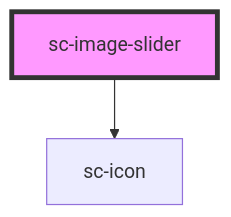
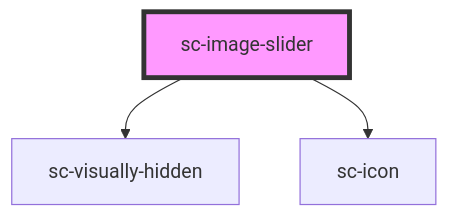
The diagram in packages/components/src/components/ui/sc-image-slider/readme.md (surecart/surecart-wp-plugin), drawn with Mermaid before and after one commit. The commit also changed other lines of this file and 98 other files, not shown here.

````diff
--- a/packages/components/src/components/ui/sc-image-slider/readme.md
+++ b/packages/components/src/components/ui/sc-image-slider/readme.md
@@ -33,5 +34,6 @@
 ```mermaid
 graph TD;
+  sc-image-slider --> sc-visually-hidden
   sc-image-slider --> sc-icon
   style sc-image-slider fill:#f9f,stroke:#333,stroke-width:4px
 ```
````
